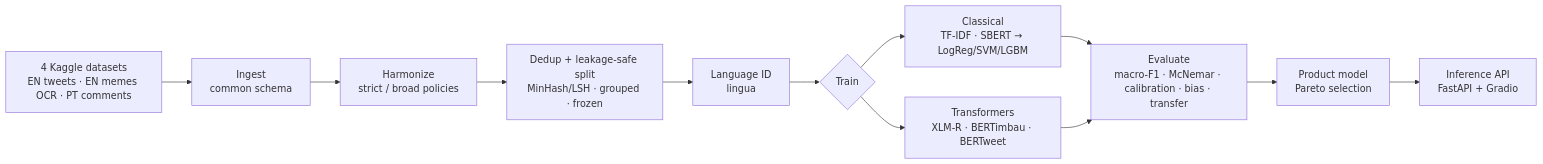
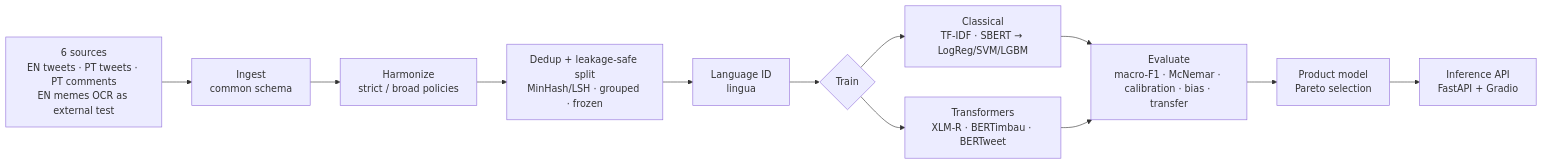
Before and after one commit to isasaade-23/hate-speech-nlp-en-pt: the diagram in README.md, drawn with Mermaid. The commit also changed other lines of this file and 73 other files, not shown here.

````diff
--- a/README.md
+++ b/README.md
@@ -100,14 +133,14 @@
 ```mermaid
 flowchart LR
-    A[4 Kaggle datasets<br/>EN tweets · EN memes OCR · PT comments] --> B[Ingest<br/>common schema]
+    A[6 sources<br/>EN tweets · PT tweets · PT comments<br/>EN memes OCR as external test] --> B[Ingest<br/>common schema]
     B --> C[Harmonize<br/>strict / broad policies]
     C --> D[Dedup + leakage-safe split<br/>MinHash/LSH · grouped · frozen]
     D --> E[Language ID<br/>lingua]
     E --> F{Train}
     F --> G[Classical<br/>TF-IDF · SBERT → LogReg/SVM/LGBM]
     F --> H[Transformers<br/>XLM-R · BERTimbau · BERTweet]
     G --> I[Evaluate<br/>macro-F1 · McNemar · calibration · bias · transfer]
     H --> I
     I --> J[Product model<br/>Pareto selection]
     J --> K[Inference API<br/>FastAPI + Gradio]
 ```
````
